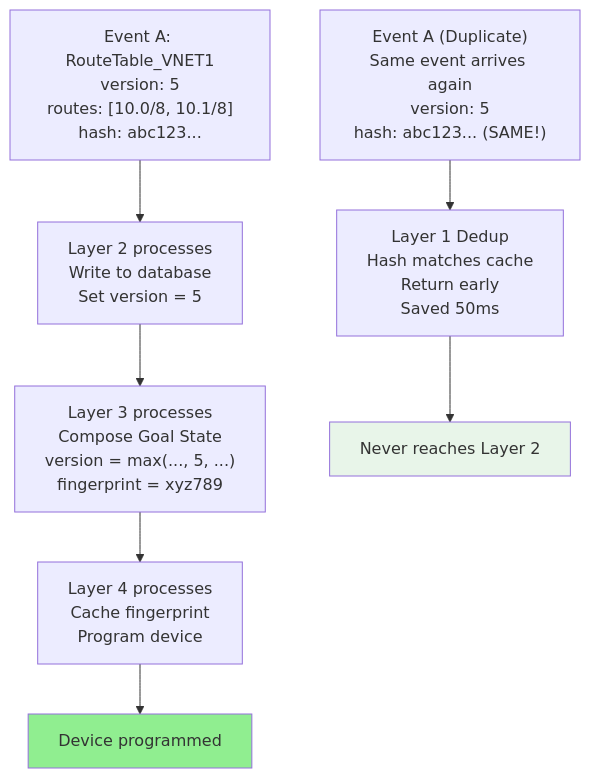
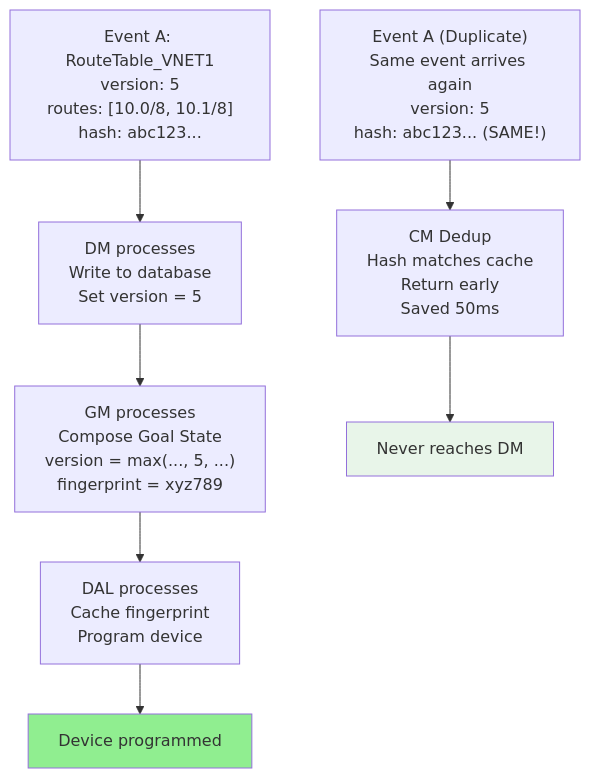
Before and after one commit to rashmirrout/DashFabric: the fourth of 7 diagrams in docs/FM-Designs/FM_DESIGN_VERSIONING_DEDUP_SUPER_ENHANCED.md, drawn with Mermaid. The commit also changed other lines of this file and 32 other files, not shown here.

````diff
--- a/docs/FM-Designs/FM_DESIGN_VERSIONING_DEDUP_SUPER_ENHANCED.md
+++ b/docs/FM-Designs/FM_DESIGN_VERSIONING_DEDUP_SUPER_ENHANCED.md
@@ -283,30 +283,30 @@
 ```mermaid
 graph TD
     A["Event A: RouteTable_VNET1<br/>version: 5<br/>routes: [10.0/8, 10.1/8]<br/>hash: abc123..."]
     
-    B["Layer 2 processes<br/>Write to database<br/>Set version = 5"]
+    B["DM processes<br/>Write to database<br/>Set version = 5"]
     
-    C["Layer 3 processes<br/>Compose Goal State<br/>version = max(..., 5, ...)<br/>fingerprint = xyz789"]
+    C["GM processes<br/>Compose Goal State<br/>version = max(..., 5, ...)<br/>fingerprint = xyz789"]
     
-    D["Layer 4 processes<br/>Cache fingerprint<br/>Program device"]
+    D["DAL processes<br/>Cache fingerprint<br/>Program device"]
     
     E["Device programmed"]
     
     A --> B
     B --> C
     C --> D
     D --> E
     
     style E fill:#90EE90
     
     F["Event A (Duplicate)<br/>Same event arrives again<br/>version: 5<br/>hash: abc123... (SAME!)"]
     
-    G["Layer 1 Dedup<br/>Hash matches cache<br/>Return early<br/>Saved 50ms"]
+    G["CM Dedup<br/>Hash matches cache<br/>Return early<br/>Saved 50ms"]
     
-    H["Never reaches Layer 2"]
+    H["Never reaches DM"]
     
     F --> G
     G --> H
     
     style H fill:#e8f5e9
 ```
````
